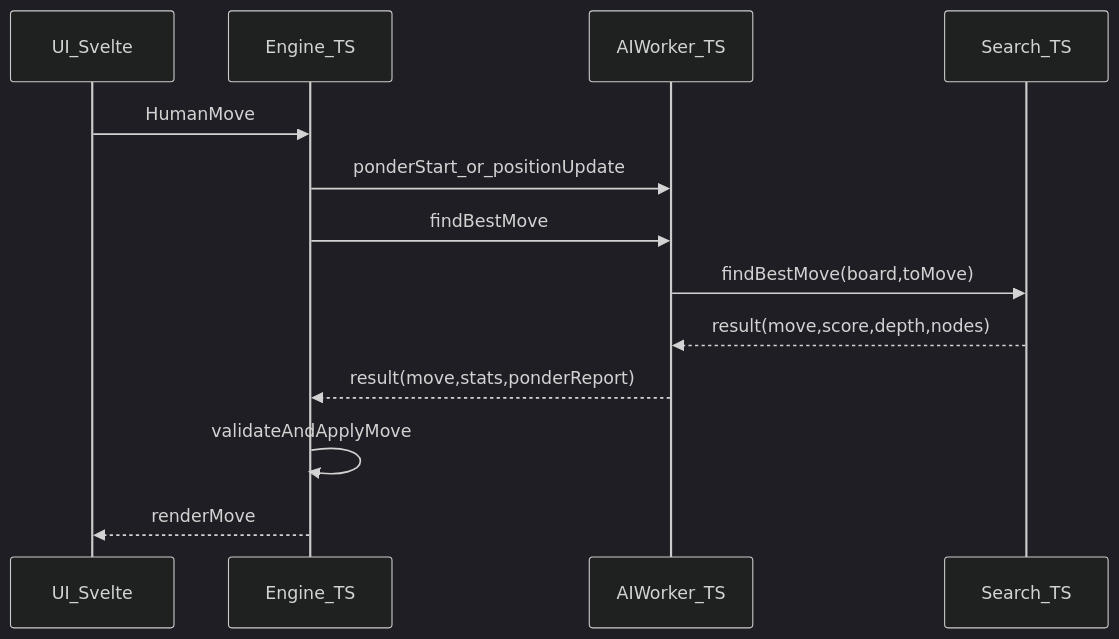
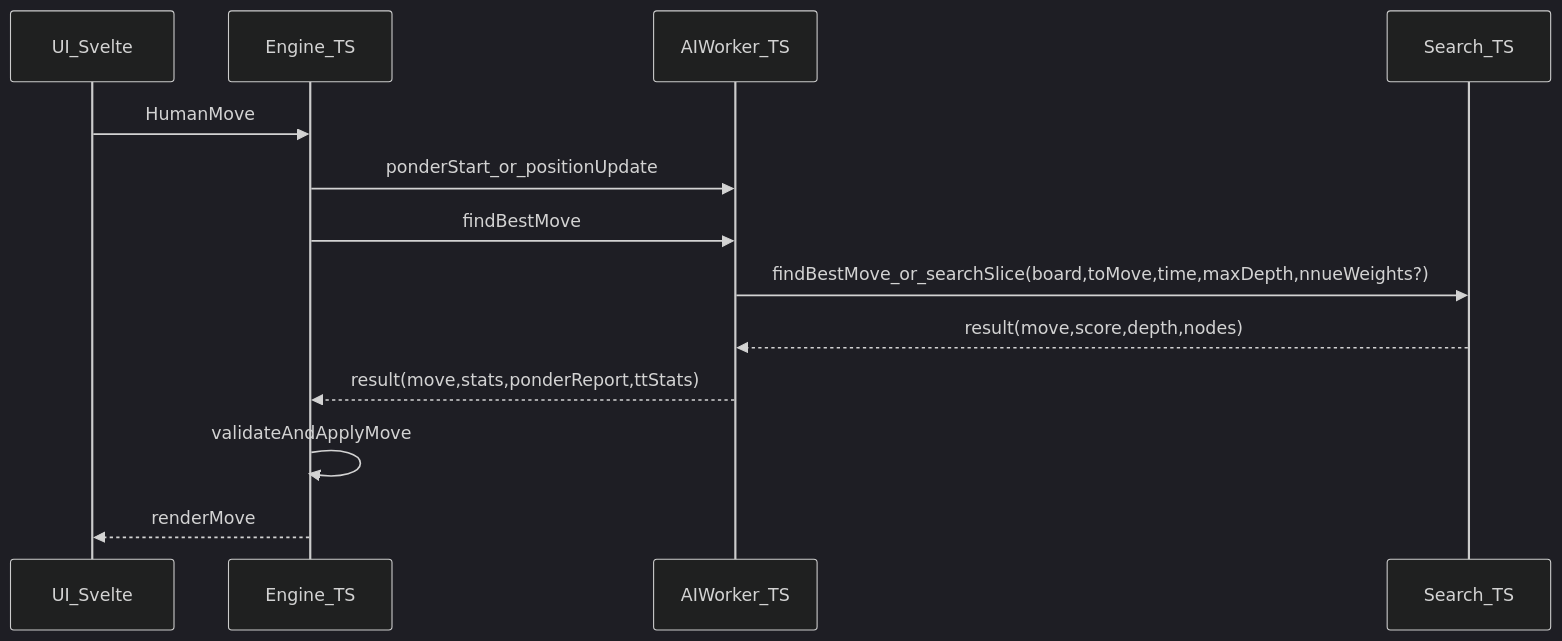
The first of 12 diagrams in docs/ai_movement_strategy.md (qb20nh/grr), drawn with Mermaid (dark theme) before and after one commit. The commit also changed other lines of this file and 27 other files, not shown here.

````diff
--- a/docs/ai_movement_strategy.md
+++ b/docs/ai_movement_strategy.md
@@ -9,16 +9,16 @@
 ```mermaid
 sequenceDiagram
   participant UI as UI_Svelte
   participant Engine as Engine_TS
   participant Worker as AIWorker_TS
   participant Search as Search_TS
 
   UI->>Engine: HumanMove
   Engine->>Worker: ponderStart_or_positionUpdate
   Engine->>Worker: findBestMove
-  Worker->>Search: findBestMove(board,toMove)
+  Worker->>Search: findBestMove_or_searchSlice(board,toMove,time,maxDepth,nnueWeights?)
   Search-->>Worker: result(move,score,depth,nodes)
-  Worker-->>Engine: result(move,stats,ponderReport)
+  Worker-->>Engine: result(move,stats,ponderReport,ttStats)
   Engine->>Engine: validateAndApplyMove
   Engine-->>UI: renderMove
 ```
````
